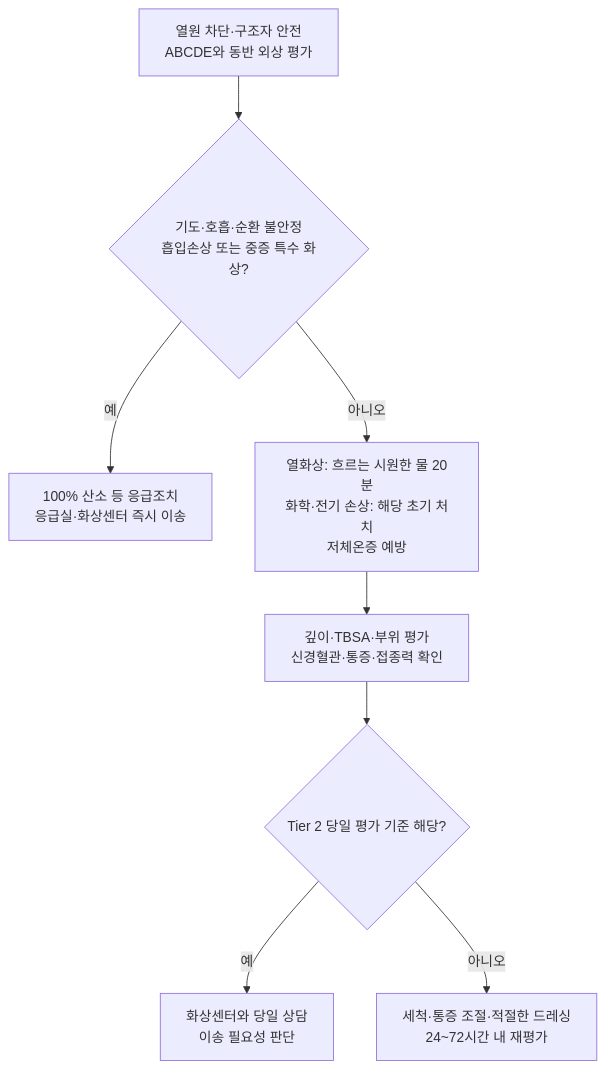
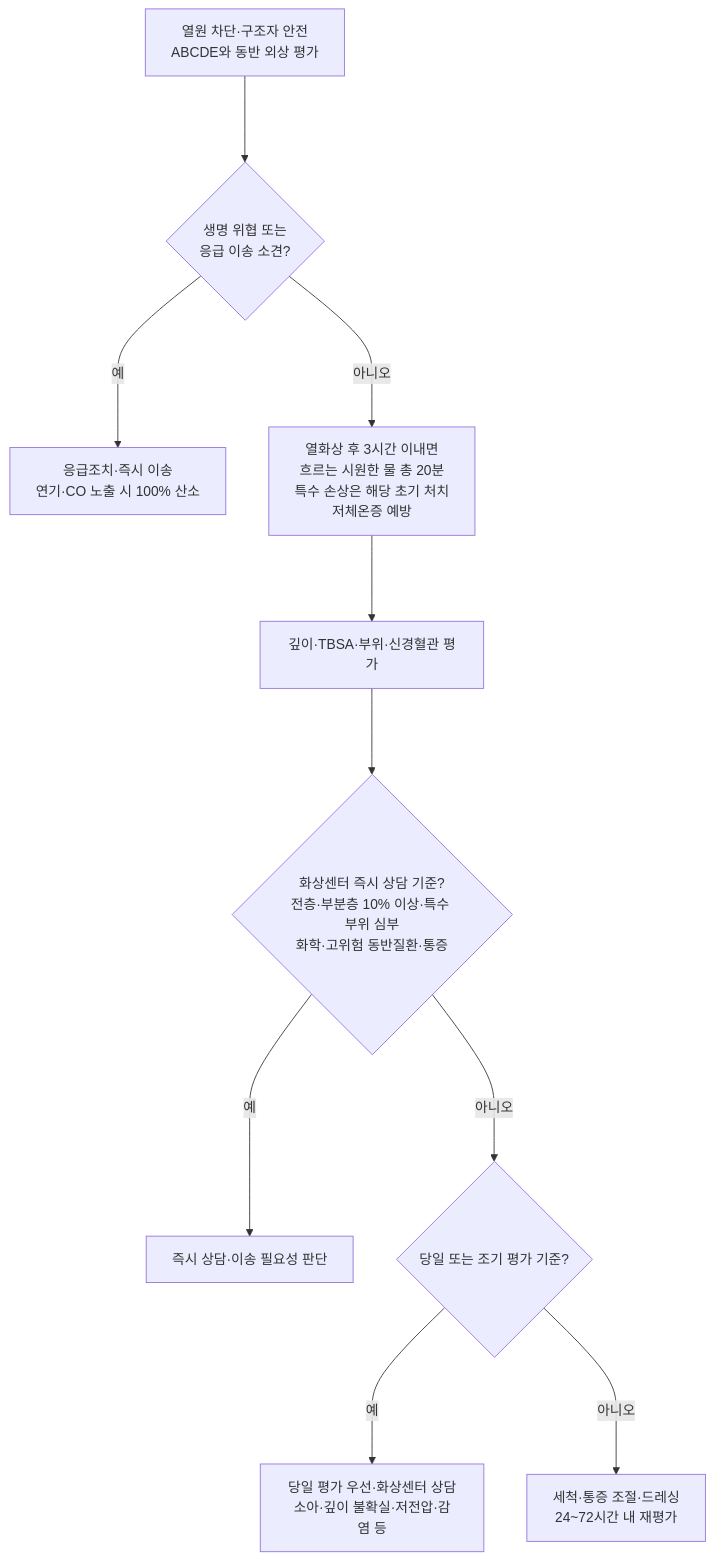
Before and after one commit to familyoh77/familyoh77: the diagram in 230_/206_-burn.md, drawn with Mermaid. The commit also changed other lines of this file and 11 other files, not shown here.

````diff
--- a/230_/206_-burn.md
+++ b/230_/206_-burn.md
@@ -81,10 +100,12 @@
 ```mermaid
 flowchart TB
-    A[열원 차단·구조자 안전<br>ABCDE와 동반 외상 평가] --> B{기도·호흡·순환 불안정<br>흡입손상 또는 중증 특수 화상?}
-    B -- 예 --> C[100% 산소 등 응급조치<br>응급실·화상센터 즉시 이송]
-    B -- 아니오 --> D[열화상: 흐르는 시원한 물 20분<br>화학·전기 손상: 해당 초기 처치<br>저체온증 예방]
-    D --> E[깊이·TBSA·부위 평가<br>신경혈관·통증·접종력 확인]
-    E --> F{Tier 2 당일 평가 기준 해당?}
-    F -- 예 --> G[화상센터와 당일 상담<br>이송 필요성 판단]
-    F -- 아니오 --> H[세척·통증 조절·적절한 드레싱<br>24~72시간 내 재평가]
+    A[열원 차단·구조자 안전<br>ABCDE와 동반 외상 평가] ---> B{생명 위협 또는<br>응급 이송 소견?}
+    B --->|예| C[응급조치·즉시 이송<br>연기·CO 노출 시 100% 산소]
+    B --->|아니오| D[열화상 후 3시간 이내면<br>흐르는 시원한 물 총 20분<br>특수 손상은 해당 초기 처치<br>저체온증 예방]
+    D ---> E[깊이·TBSA·부위·신경혈관 평가]
+    E ---> F{화상센터 즉시 상담 기준?<br>전층·부분층 10% 이상·특수 부위 심부<br>화학·고위험 동반질환·통증}
+    F --->|예| G[즉시 상담·이송 필요성 판단]
+    F --->|아니오| H{당일 또는 조기 평가 기준?}
+    H --->|예| I[당일 평가 우선·화상센터 상담<br>소아·깊이 불확실·저전압·감염 등]
+    H --->|아니오| J[세척·통증 조절·드레싱<br>24~72시간 내 재평가]
 ```
````
